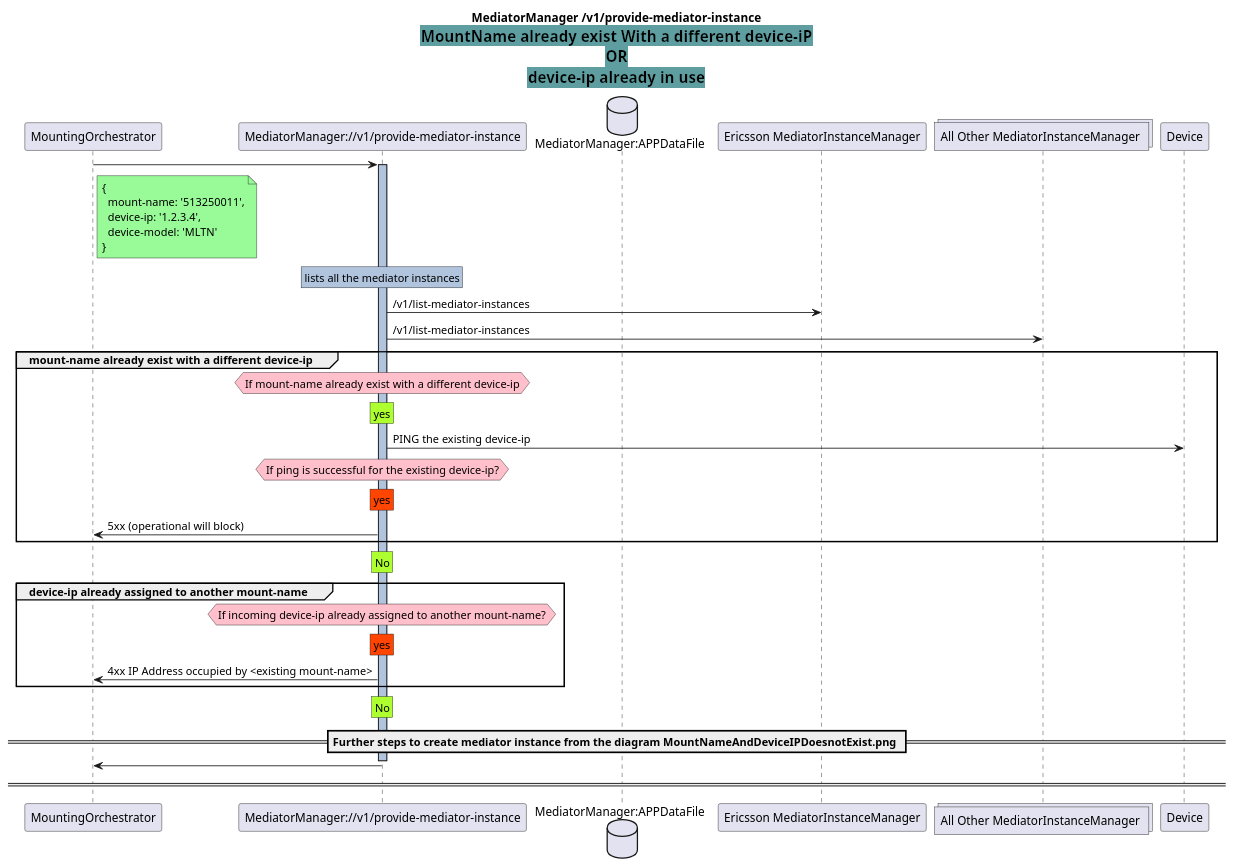
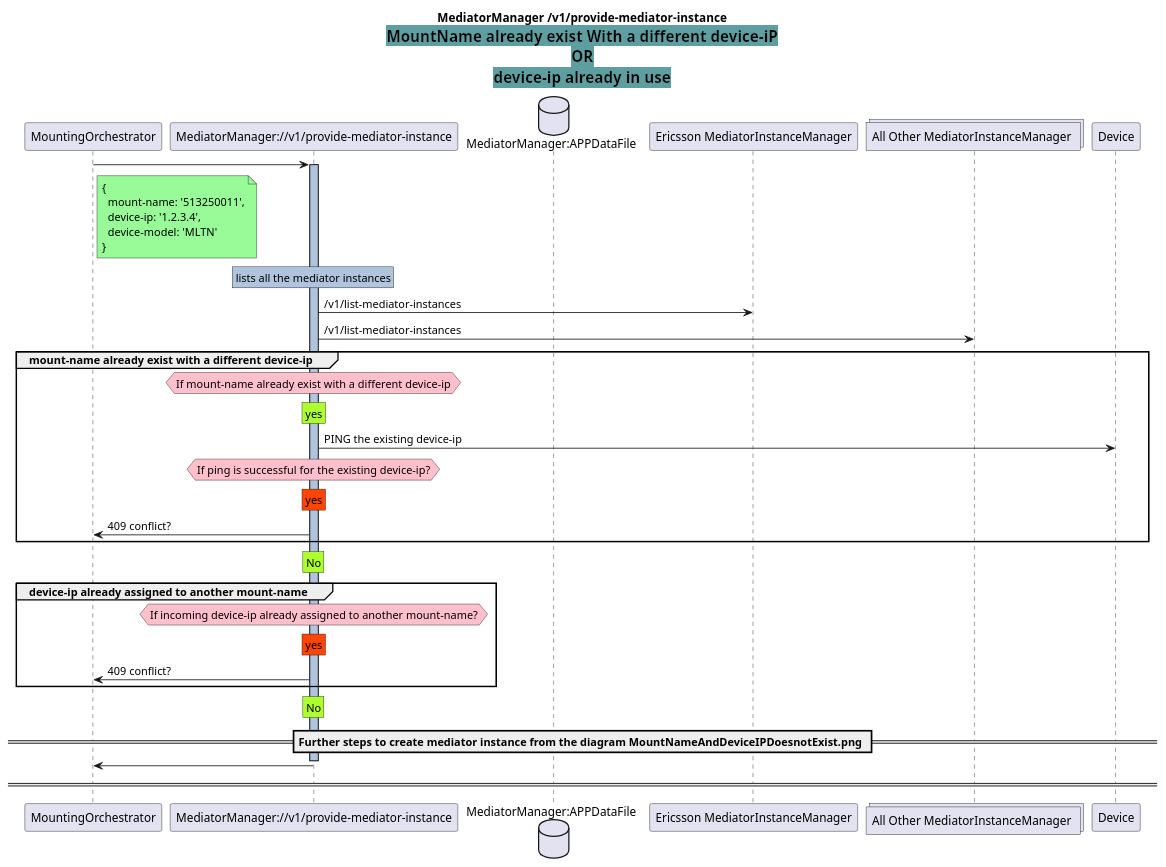
One commit to PrathibaJee/MediatorManager changed the diagram in spec/diagrams/ProvideMediatorInstance/MountNameExistWithDifferentIP.plantuml. Above: the diagram before and after it, drawn with PlantUML. The commit also changed 1 other file, not shown here.

```diff
--- a/spec/diagrams/ProvideMediatorInstance/MountNameExistWithDifferentIP.plantuml
+++ b/spec/diagrams/ProvideMediatorInstance/MountNameExistWithDifferentIP.plantuml
@@ -1,76 +1,76 @@
 @startuml MountNameExistWithDifferentIP
 skinparam responseMessageBelowArrow true
 
 title
 MediatorManager /v1/provide-mediator-instance
 <back:cadetblue><size:18>MountName already exist With a different device-iP</size></back>
 <back:cadetblue><size:18>OR</size></back>
 <back:cadetblue><size:18>device-ip already in use</size></back>
 end title
 
 participant "MountingOrchestrator" as MO
 participant "MediatorManager://v1/provide-mediator-instance" as MM
 database "MediatorManager:APPDataFile" as AppData
 participant "Ericsson MediatorInstanceManager" as EMIM
 collections "All Other MediatorInstanceManager " as AMIM
 
 
 MO -> MM : 
 note right MO #PaleGreen
     { 
       mount-name: '513250011',
       device-ip: '1.2.3.4',
       device-model: 'MLTN'
     }
 end note
 activate MM #LightSteelBlue
 
 rnote over MM #LightSteelBlue
     lists all the mediator instances
 end note
 
 MM -> EMIM : /v1/list-mediator-instances
 
 MM -> AMIM : /v1/list-mediator-instances
 group mount-name already exist with a different device-ip
 hnote over MM #Pink
     If mount-name already exist with a different device-ip
 end note
 rnote over MM #GreenYellow
     yes
 end note
 
 MM -> Device : PING the existing device-ip
 hnote over MM #Pink
     If ping is successful for the existing device-ip?
 end note
 rnote over MM #OrangeRed
     yes
 end note
-MM -> MO : 5xx (operational will block)
+MM -> MO : 409 conflict?
 end
 rnote over MM #GreenYellow
     No
 end note
 
 group device-ip already assigned to another mount-name
 hnote over MM #Pink
     If incoming device-ip already assigned to another mount-name?
 end note
 rnote over MM #OrangeRed
     yes
 end note
-MM -> MO : 4xx IP Address occupied by <existing mount-name>
+MM -> MO : 409 conflict?
 end
 rnote over MM #GreenYellow
     No
 end note
 
 
 == Further steps to create mediator instance from the diagram MountNameAndDeviceIPDoesnotExist.png ==
 deactivate MM
 MM -> MO
 == ==
 
 
 @enduml
```
